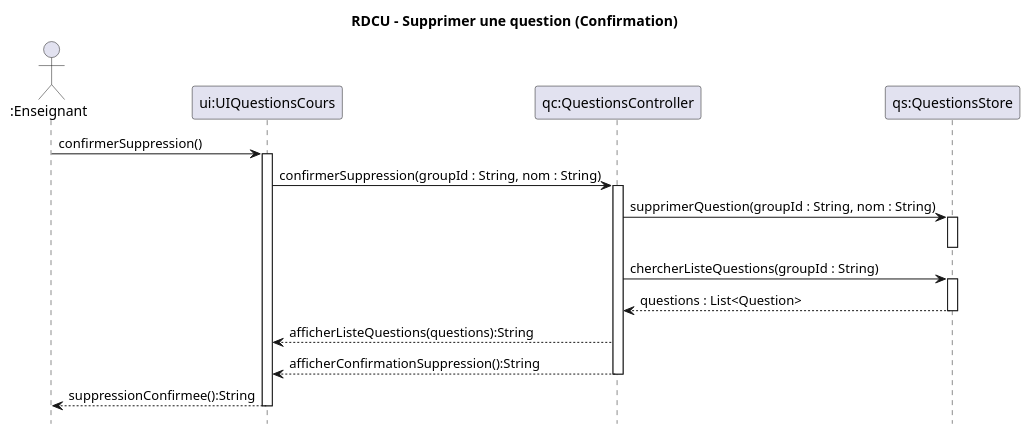
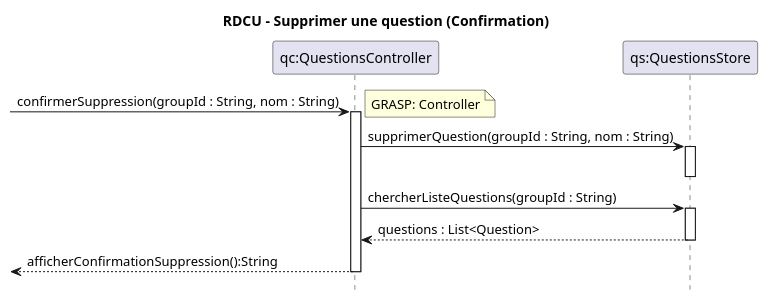
Before and after one commit to xMrYahya/moodle-clone: the diagram in docs/modeles/cu02/rdcu-confirmation-suppression.puml, drawn with PlantUML. The commit also changed 20 other files, not shown here.

```diff
--- a/docs/modeles/cu02/rdcu-confirmation-suppression.puml
+++ b/docs/modeles/cu02/rdcu-confirmation-suppression.puml
@@ -1,32 +1,25 @@
 @startuml
 hide footbox
 title RDCU – Supprimer une question (Confirmation)
 
-actor ":Enseignant" as e
-participant "ui:UIQuestionsCours" as UI
 participant "qc:QuestionsController" as QC
 participant "qs:QuestionsStore" as QS
 
-e -> UI : confirmerSuppression()
-activate UI
-
-UI -> QC : confirmerSuppression(groupId : String, nom : String)
+-> QC : confirmerSuppression(groupId : String, nom : String)
+note right: GRASP: Controller
 activate QC
 
 QC -> QS : supprimerQuestion(groupId : String, nom : String)
 activate QS
 deactivate QS
 
 QC -> QS : chercherListeQuestions(groupId : String)
 activate QS
 QS --> QC : questions : List<Question>
 deactivate QS
 
-QC --> UI : afficherListeQuestions(questions):String
-QC --> UI : afficherConfirmationSuppression():String
+'QC --> UI : afficherListeQuestions(questions):String'
+<-- QC : afficherConfirmationSuppression():String
 deactivate QC
 
-UI --> e : suppressionConfirmee():String
-deactivate UI
-
 @enduml
```
